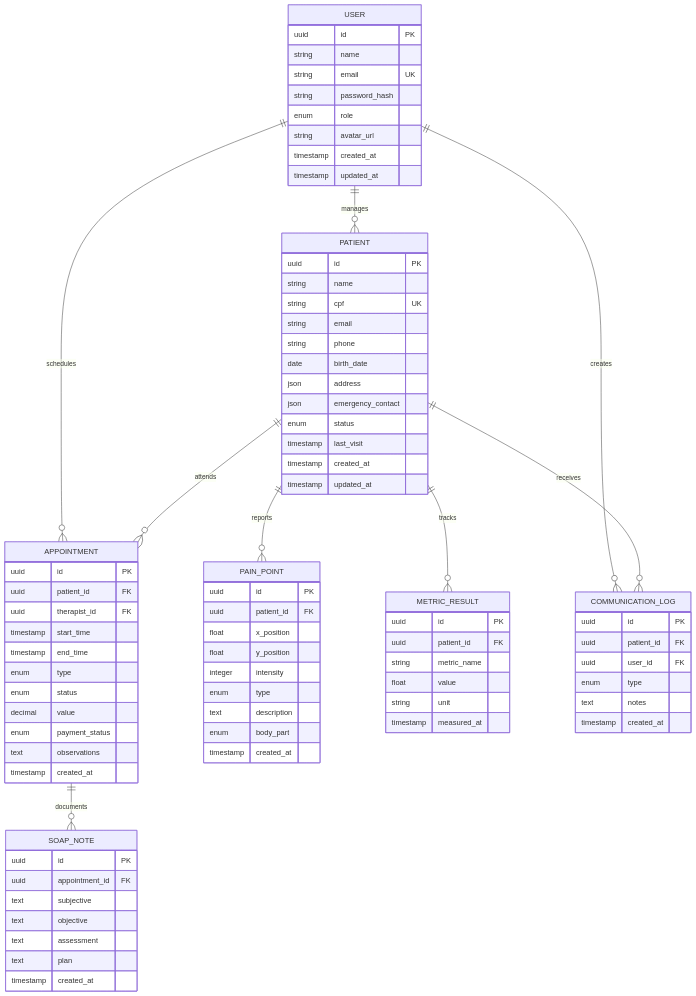
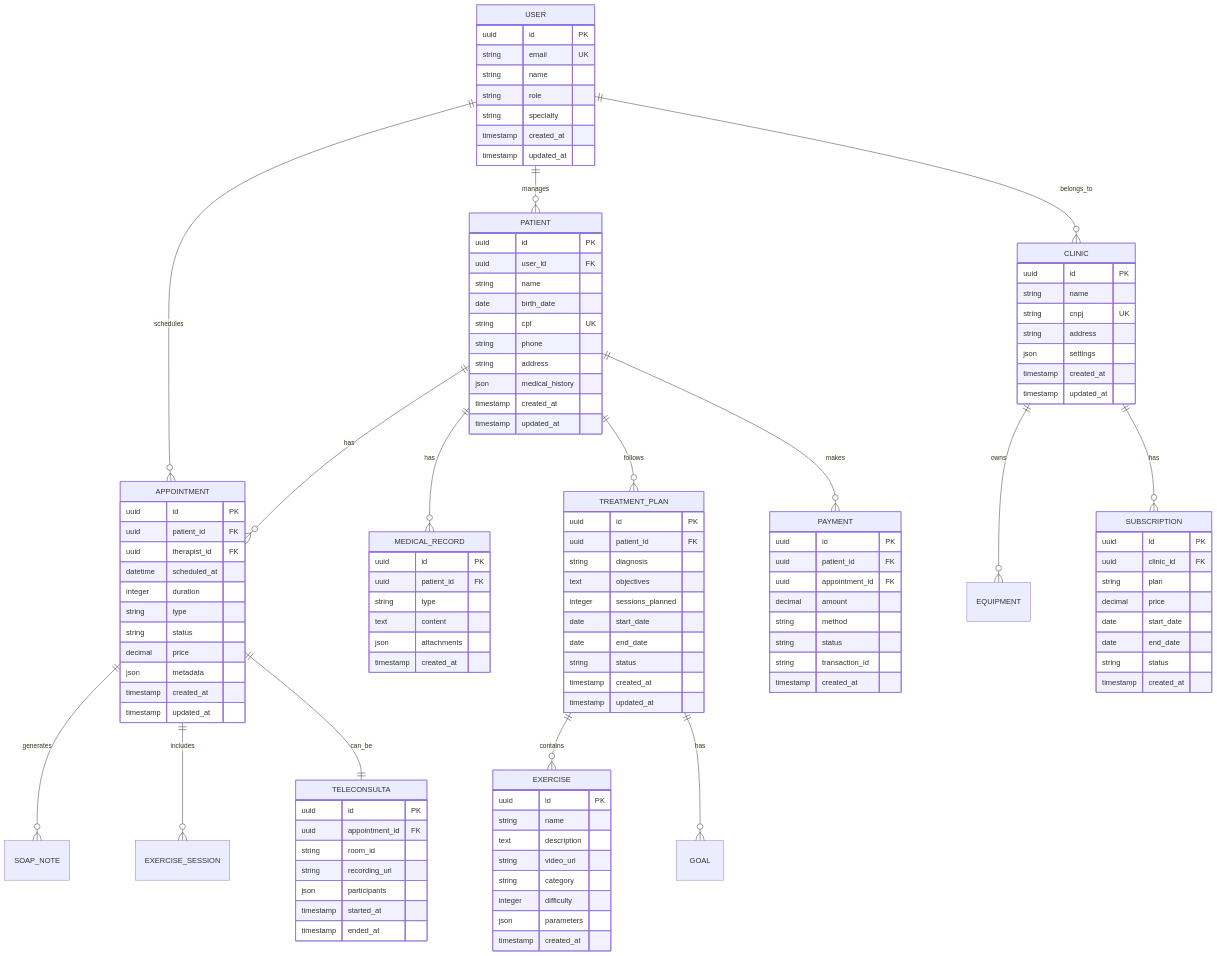
Before and after one commit to rafaelminatto1/fisioflow-aistudio: the third of 3 diagrams in .trae/documents/arquitetura-tecnica-fisioflow.md, drawn with Mermaid. The commit also changed other lines of this file and 209 other files, not shown here.

````diff
--- a/.trae/documents/arquitetura-tecnica-fisioflow.md
+++ b/.trae/documents/arquitetura-tecnica-fisioflow.md
@@ -209,35 +213,42 @@
 erDiagram
     USER ||--o{ PATIENT : manages
     USER ||--o{ APPOINTMENT : schedules
-    PATIENT ||--o{ APPOINTMENT : attends
-    PATIENT ||--o{ PAIN_POINT : reports
-    PATIENT ||--o{ METRIC_RESULT : tracks
-    APPOINTMENT ||--o{ SOAP_NOTE : documents
-    USER ||--o{ COMMUNICATION_LOG : creates
-    PATIENT ||--o{ COMMUNICATION_LOG : receives
+    USER ||--o{ CLINIC : belongs_to
+    
+    PATIENT ||--o{ APPOINTMENT : has
+    PATIENT ||--o{ MEDICAL_RECORD : has
+    PATIENT ||--o{ TREATMENT_PLAN : follows
+    PATIENT ||--o{ PAYMENT : makes
+    
+    APPOINTMENT ||--o{ SOAP_NOTE : generates
+    APPOINTMENT ||--o{ EXERCISE_SESSION : includes
+    APPOINTMENT ||--|| TELECONSULTA : can_be
+    
+    TREATMENT_PLAN ||--o{ EXERCISE : contains
+    TREATMENT_PLAN ||--o{ GOAL : has
+    
+    CLINIC ||--o{ EQUIPMENT : owns
+    CLINIC ||--o{ SUBSCRIPTION : has
     
     USER {
         uuid id PK
+        string email UK
         string name
-        string email UK
-        string password_hash
-        enum role
-        string avatar_url
+        string role
+        string specialty
         timestamp created_at
         timestamp updated_at
     }
     
     PATIENT {
         uuid id PK
+        uuid user_id FK
         string name
+        date birth_date
         string cpf UK
-        string email
         string phone
-        date birth_date
-        json address
-        json emergency_contact
-        enum status
-        timestamp last_visit
+        string address
+        json medical_history
         timestamp created_at
         timestamp updated_at
     }
@@ -246,53 +257,88 @@
         uuid id PK
         uuid patient_id FK
         uuid therapist_id FK
-        timestamp start_time
-        timestamp end_time
-        enum type
-        enum status
-        decimal value
-        enum payment_status
-        text observations
+        datetime scheduled_at
+        integer duration
+        string type
+        string status
+        decimal price
+        json metadata
+        timestamp created_at
+        timestamp updated_at
+    }
+    
+    MEDICAL_RECORD {
+        uuid id PK
+        uuid patient_id FK
+        string type
+        text content
+        json attachments
         timestamp created_at
     }
     
-    PAIN_POINT {
+    TREATMENT_PLAN {
         uuid id PK
         uuid patient_id FK
-        float x_position
-        float y_position
-        integer intensity
-        enum type
+        string diagnosis
+        text objectives
+        integer sessions_planned
+        date start_date
+        date end_date
+        string status
+        timestamp created_at
+        timestamp updated_at
+    }
+    
+    EXERCISE {
+        uuid id PK
+        string name
         text description
-        enum body_part
+        string video_url
+        string category
+        integer difficulty
+        json parameters
         timestamp created_at
     }
     
-    METRIC_RESULT {
+    TELECONSULTA {
+        uuid id PK
+        uuid appointment_id FK
+        string room_id
+        string recording_url
+        json participants
+        timestamp started_at
+        timestamp ended_at
+    }
+    
+    PAYMENT {
         uuid id PK
         uuid patient_id FK
-        string metric_name
-        float value
-        string unit
-        timestamp measured_at
-    }
-    
-    SOAP_NOTE {
-        uuid id PK
         uuid appointment_id FK
-        text subjective
-        text objective
-        text assessment
-        text plan
+        decimal amount
+        string method
+        string status
+        string transaction_id
         timestamp created_at
     }
     
-    COMMUNICATION_LOG {
+    CLINIC {
         uuid id PK
-        uuid patient_id FK
-        uuid user_id FK
-        enum type
-        text notes
+        string name
+        string cnpj UK
+        string address
+        json settings
+        timestamp created_at
+        timestamp updated_at
+    }
+    
+    SUBSCRIPTION {
+        uuid id PK
+        uuid clinic_id FK
+        string plan
+        decimal price
+        date start_date
+        date end_date
+        string status
         timestamp created_at
     }
 ```
````
